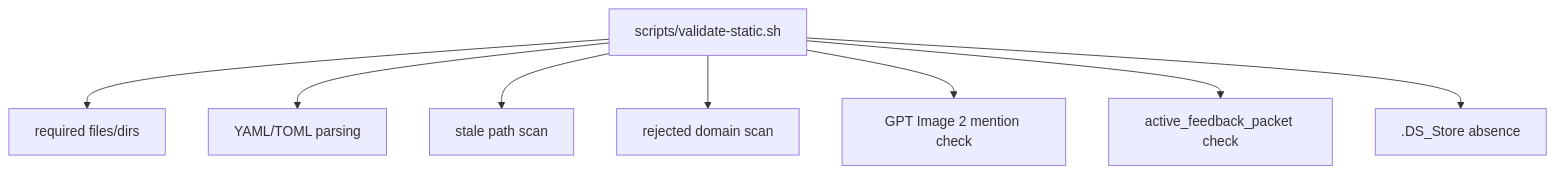
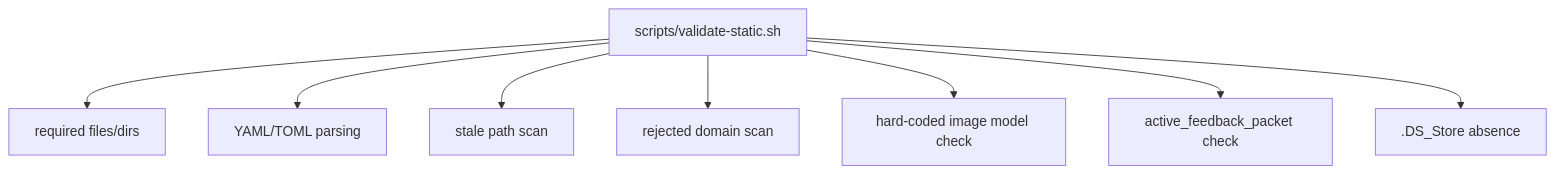
Before and after one commit to dhfmzk/chuu-gumi: the eighth of 9 diagrams in docs/how-it-works.ko.md, drawn with Mermaid. The commit also changed other lines of this file and 19 other files, not shown here.

Commit message:
📝 Remove hard-coded image model requirement

````diff
--- a/docs/how-it-works.ko.md
+++ b/docs/how-it-works.ko.md
@@ -288,10 +288,10 @@
 ```mermaid
 flowchart TD
     A["scripts/validate-static.sh"] --> B["required files/dirs"]
     A --> C["YAML/TOML parsing"]
     A --> D["stale path scan"]
     A --> E["rejected domain scan"]
-    A --> F["GPT Image 2 mention check"]
+    A --> F["hard-coded image model check"]
     A --> G["active_feedback_packet check"]
     A --> H[".DS_Store absence"]
 ```
````
